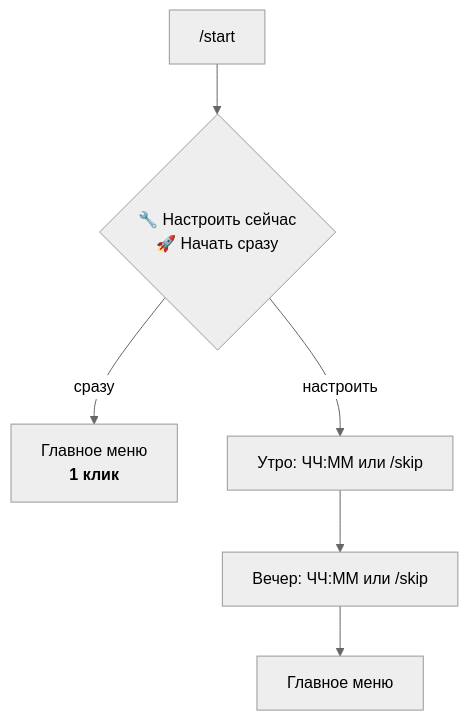
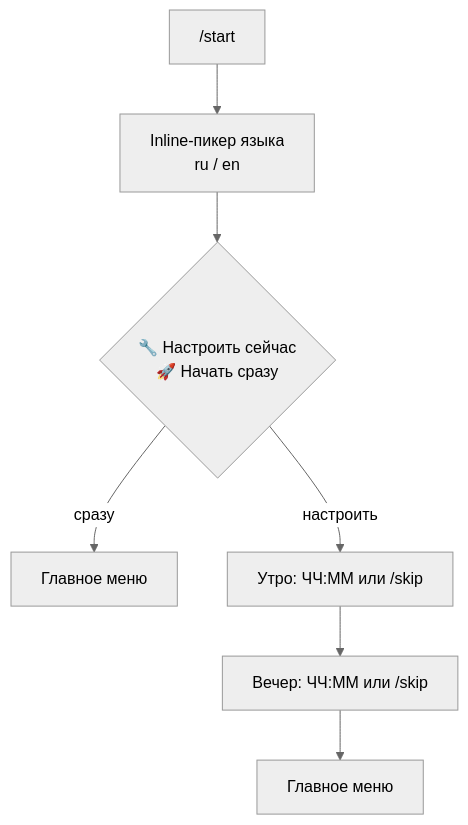
Before and after one commit to zerocious/Palph: the second of 10 diagrams in user-flows.md, drawn with Mermaid (neutral theme). The commit also changed other lines of this file and 6 other files, not shown here.

````diff
--- a/user-flows.md
+++ b/user-flows.md
@@ -83,8 +83,9 @@
 ```mermaid
 flowchart TD
-    START["/start"] --> CHOICE{"🔧 Настроить сейчас<br/>🚀 Начать сразу"}
-    CHOICE -->|сразу| MAIN["Главное меню<br/><b>1 клик</b>"]
+    START["/start"] --> LANG["Inline-пикер языка<br/>ru / en"]
+    LANG --> CHOICE{"🔧 Настроить сейчас<br/>🚀 Начать сразу"}
+    CHOICE -->|сразу| MAIN["Главное меню"]
     CHOICE -->|настроить| MORN["Утро: ЧЧ:ММ или /skip"]
     MORN --> EVE["Вечер: ЧЧ:ММ или /skip"]
     EVE --> MAIN2["Главное меню"]
 ```
````
